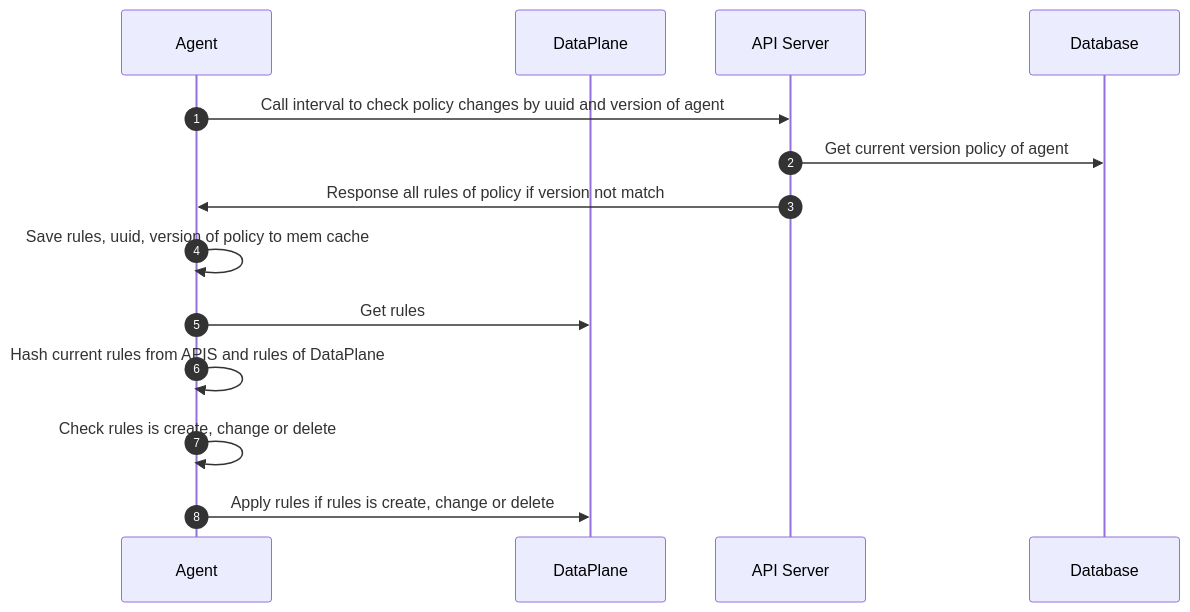
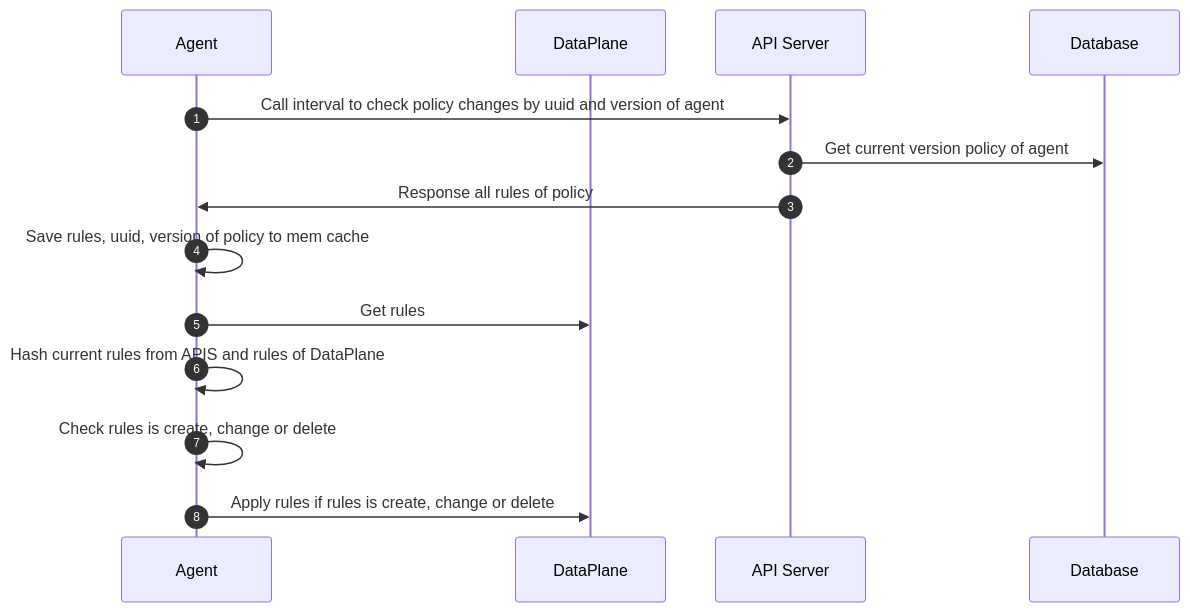
The fourth of 5 diagrams in case-studies/policy/usecase.md (bamboo-firewall/docs), drawn with Mermaid before and after one commit. The commit also changed other lines of this file and 1 other file, not shown here.

Commit message:
INFP-2431

````diff
--- a/case-studies/policy/usecase.md
+++ b/case-studies/policy/usecase.md
@@ -42,16 +42,16 @@
 ```mermaid
 sequenceDiagram
     autonumber
     participant Agent as Agent
     participant DP as DataPlane
     participant APIS as API Server
     participant DB as Database
     Agent ->> APIS: Call interval to check policy changes by uuid and version of agent
     APIS ->> DB: Get current version policy of agent
-    APIS ->> Agent: Response all rules of policy if version not match
+    APIS ->> Agent: Response all rules of policy
     Agent ->> Agent: Save rules, uuid, version of policy to mem cache
     Agent ->> DP: Get rules
     Agent ->> Agent: Hash current rules from APIS and rules of DataPlane
     Agent ->> Agent: Check rules is create, change or delete
     Agent ->> DP: Apply rules if rules is create, change or delete
 ```
````
